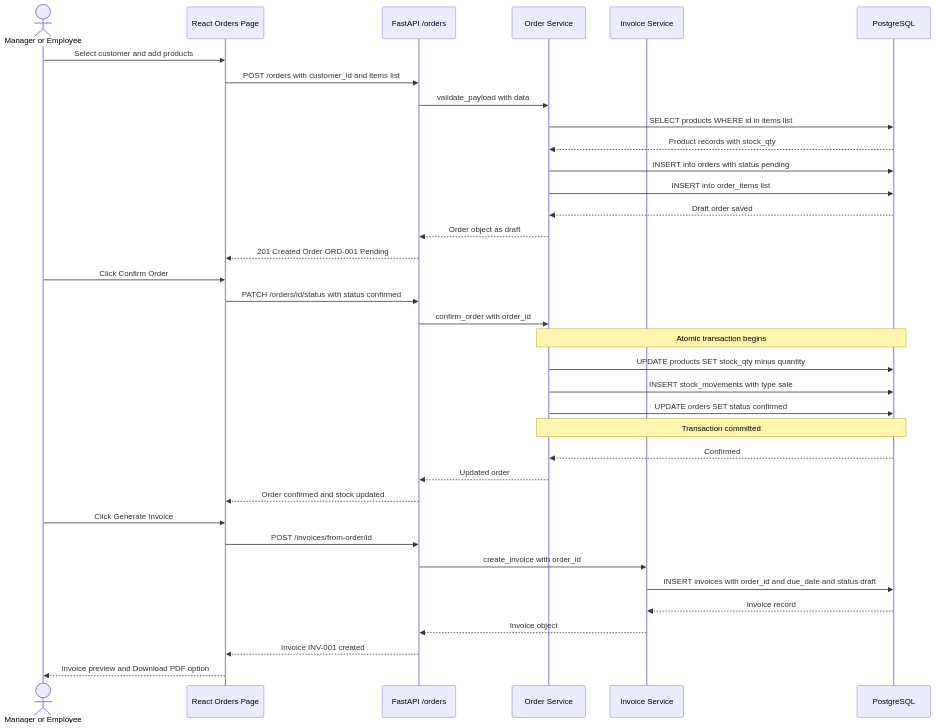
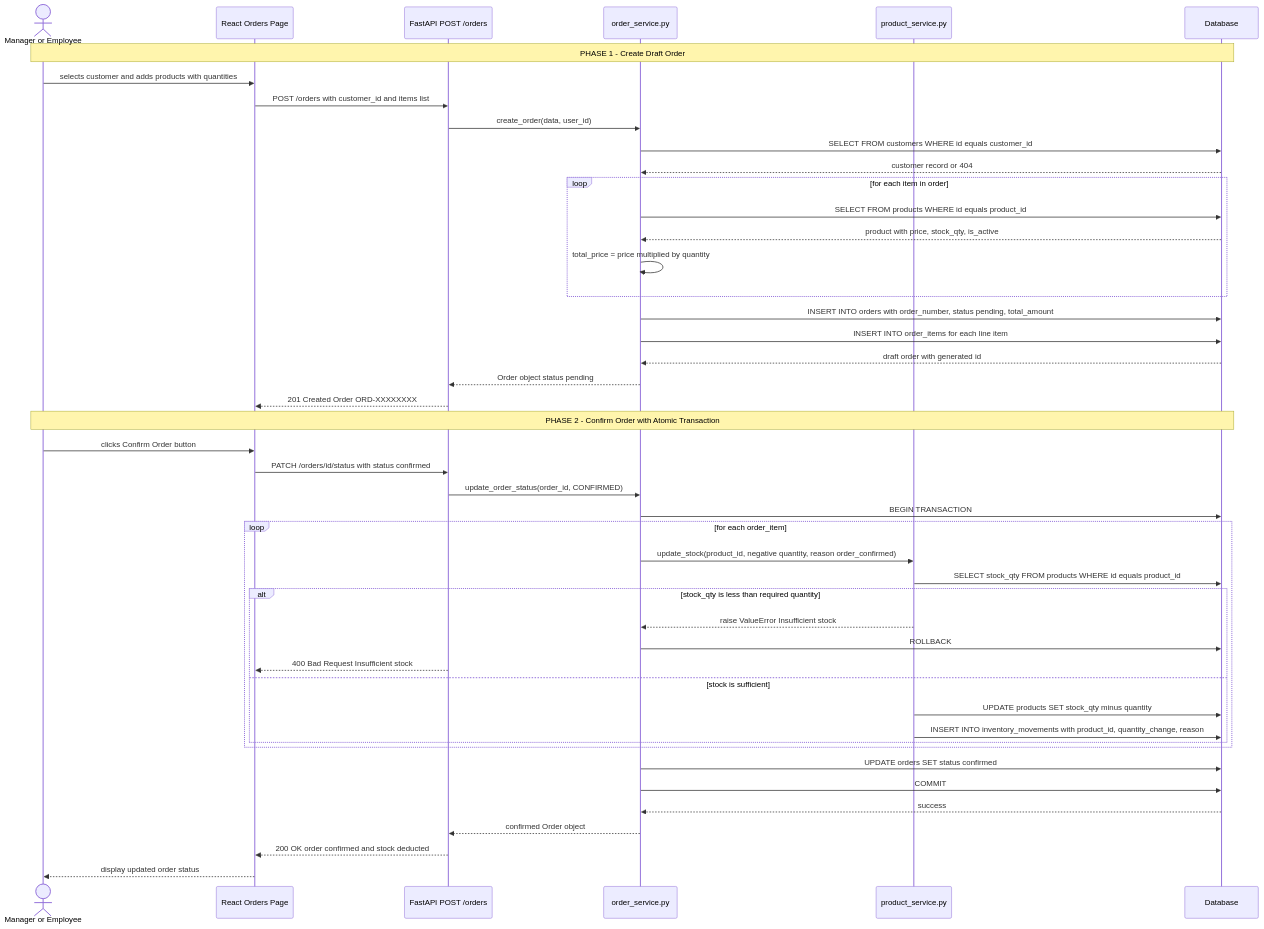
Before and after one commit to hyperS777/BizAI: the sixth of 12 diagrams in docs/design-diagrams/ALL-DIAGRAMS.md, drawn with Mermaid. The commit also changed other lines of this file and 22 other files, not shown here.

Commit message:
feat: add backend report service and system design diagrams

````diff
--- a/docs/design-diagrams/ALL-DIAGRAMS.md
+++ b/docs/design-diagrams/ALL-DIAGRAMS.md
@@ -194,41 +244,54 @@
 ```mermaid
 sequenceDiagram
-    actor User as Manager or Employee
-    participant UI as React Orders Page
-    participant API as FastAPI /orders
-    participant OrderSvc as Order Service
-    participant InvSvc as Invoice Service
-    participant DB as PostgreSQL
+    actor U as Manager or Employee
+    participant FE as React Orders Page
+    participant API as FastAPI POST /orders
+    participant OS as order_service.py
+    participant PS as product_service.py
+    participant DB as Database
 
-    User->>UI: Select customer and add products
-    UI->>API: POST /orders with customer_id and items list
-    API->>OrderSvc: validate_payload with data
-    OrderSvc->>DB: SELECT products WHERE id in items list
-    DB-->>OrderSvc: Product records with stock_qty
-    OrderSvc->>DB: INSERT into orders with status pending
-    OrderSvc->>DB: INSERT into order_items list
-    DB-->>OrderSvc: Draft order saved
-    OrderSvc-->>API: Order object as draft
-    API-->>UI: 201 Created Order ORD-001 Pending
+    Note over U,DB: PHASE 1 - Create Draft Order
+    U->>FE: selects customer and adds products with quantities
+    FE->>API: POST /orders with customer_id and items list
+    API->>OS: create_order(data, user_id)
+    OS->>DB: SELECT FROM customers WHERE id equals customer_id
+    DB-->>OS: customer record or 404
 
-    User->>UI: Click Confirm Order
-    UI->>API: PATCH /orders/id/status with status confirmed
-    API->>OrderSvc: confirm_order with order_id
-    Note over OrderSvc,DB: Atomic transaction begins
-    OrderSvc->>DB: UPDATE products SET stock_qty minus quantity
-    OrderSvc->>DB: INSERT stock_movements with type sale
-    OrderSvc->>DB: UPDATE orders SET status confirmed
-    Note over OrderSvc,DB: Transaction committed
-    DB-->>OrderSvc: Confirmed
-    OrderSvc-->>API: Updated order
-    API-->>UI: Order confirmed and stock updated
+    loop for each item in order
+        OS->>DB: SELECT FROM products WHERE id equals product_id
+        DB-->>OS: product with price, stock_qty, is_active
+        OS->>OS: total_price = price multiplied by quantity
+    end
 
-    User->>UI: Click Generate Invoice
-    UI->>API: POST /invoices/from-order/id
-    API->>InvSvc: create_invoice with order_id
-    InvSvc->>DB: INSERT invoices with order_id and due_date and status draft
-    DB-->>InvSvc: Invoice record
-    InvSvc-->>API: Invoice object
-    API-->>UI: Invoice INV-001 created
-    UI-->>User: Invoice preview and Download PDF option
+    OS->>DB: INSERT INTO orders with order_number, status pending, total_amount
+    OS->>DB: INSERT INTO order_items for each line item
+    DB-->>OS: draft order with generated id
+    OS-->>API: Order object status pending
+    API-->>FE: 201 Created Order ORD-XXXXXXXX
+
+    Note over U,DB: PHASE 2 - Confirm Order with Atomic Transaction
+    U->>FE: clicks Confirm Order button
+    FE->>API: PATCH /orders/id/status with status confirmed
+    API->>OS: update_order_status(order_id, CONFIRMED)
+    OS->>DB: BEGIN TRANSACTION
+
+    loop for each order_item
+        OS->>PS: update_stock(product_id, negative quantity, reason order_confirmed)
+        PS->>DB: SELECT stock_qty FROM products WHERE id equals product_id
+        alt stock_qty is less than required quantity
+            PS-->>OS: raise ValueError Insufficient stock
+            OS->>DB: ROLLBACK
+            API-->>FE: 400 Bad Request Insufficient stock
+        else stock is sufficient
+            PS->>DB: UPDATE products SET stock_qty minus quantity
+            PS->>DB: INSERT INTO inventory_movements with product_id, quantity_change, reason
+        end
+    end
+
+    OS->>DB: UPDATE orders SET status confirmed
+    OS->>DB: COMMIT
+    DB-->>OS: success
+    OS-->>API: confirmed Order object
+    API-->>FE: 200 OK order confirmed and stock deducted
+    FE-->>U: display updated order status
 ```
````
